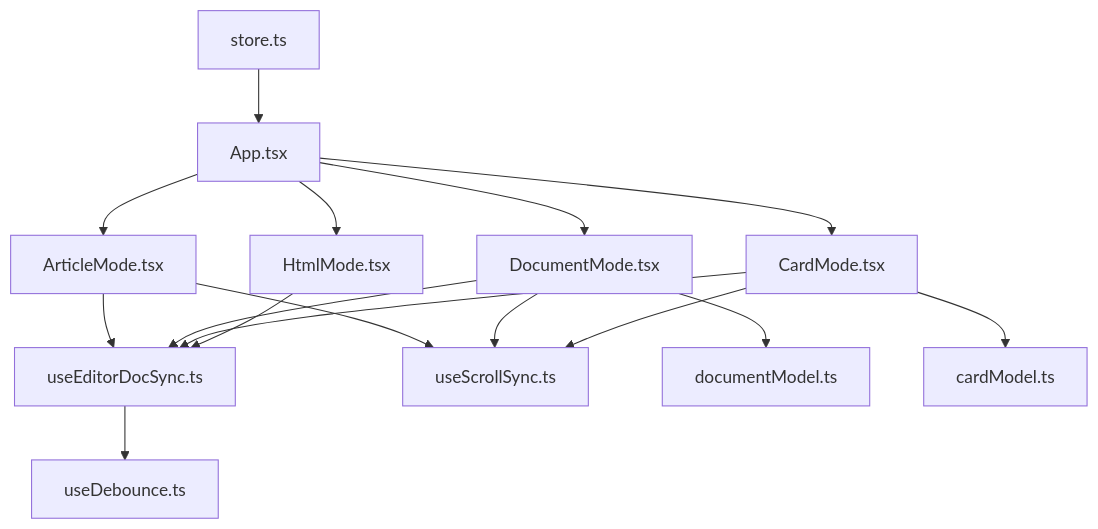
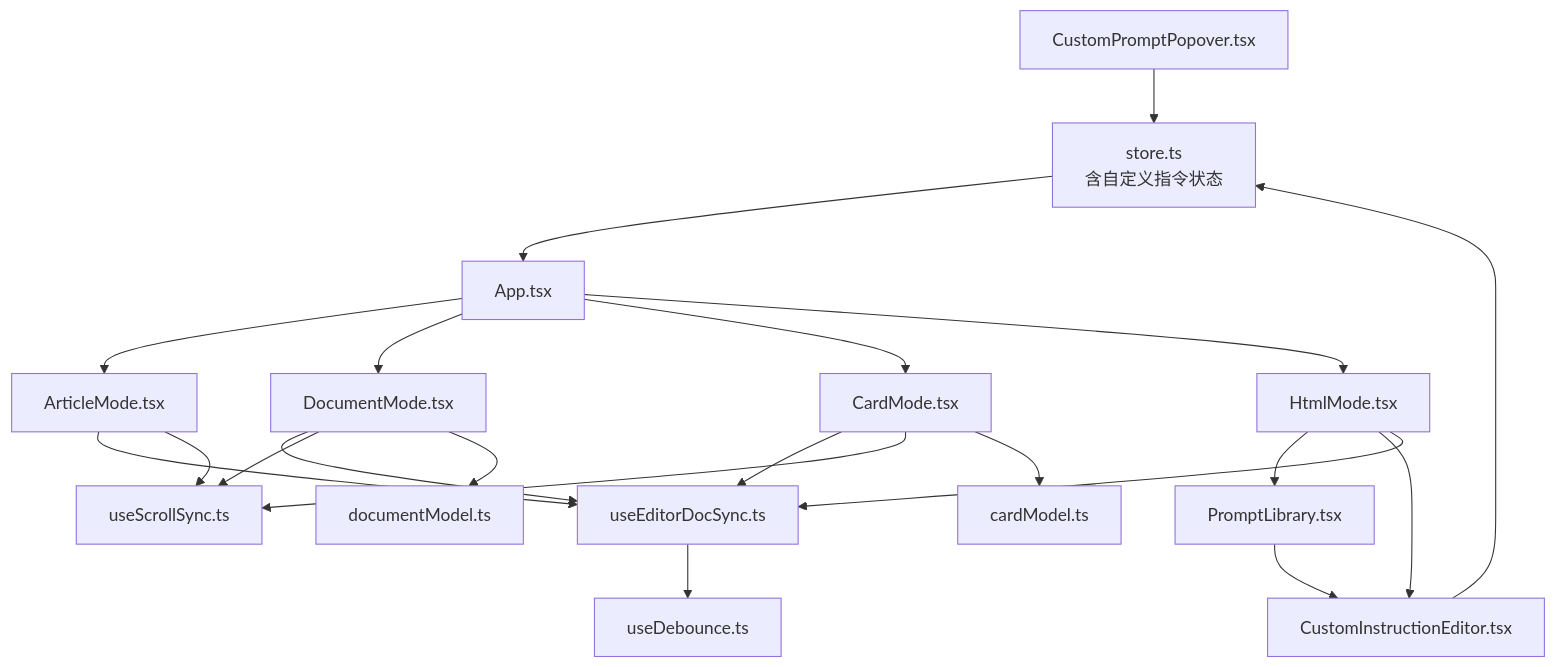
The eighth of 8 diagrams in .qoder/repowiki/zh/content/架构设计/状态管理架构.md (ZhongXiandou/markdown2view), drawn with Mermaid before and after one commit. The commit also changed other lines of this file and 35 other files, not shown here.

````diff
--- a/.qoder/repowiki/zh/content/架构设计/状态管理架构.md
+++ b/.qoder/repowiki/zh/content/架构设计/状态管理架构.md
@@ -275,18 +357,23 @@
 ```mermaid
 graph TB
-Store["store.ts"] --> App["App.tsx"]
+Store["store.ts<br/>含自定义指令状态"] --> App["App.tsx"]
 App --> Article["ArticleMode.tsx"]
 App --> Document["DocumentMode.tsx"]
 App --> Card["CardMode.tsx"]
 App --> Html["HtmlMode.tsx"]
+Html --> PromptLib["PromptLibrary.tsx"]
+Html --> CustomEditor["CustomInstructionEditor.tsx"]
+PromptLib --> CustomEditor
+CustomEditor --> Store
+CustomPrompt["CustomPromptPopover.tsx"] --> Store
 Article --> EditorSync["useEditorDocSync.ts"]
 Document --> EditorSync
 Card --> EditorSync
 Html --> EditorSync
 EditorSync --> Debounce["useDebounce.ts"]
 Article --> ScrollSync["useScrollSync.ts"]
 Document --> ScrollSync
 Card --> ScrollSync
 Document --> DocModel["documentModel.ts"]
 Card --> CardModel["cardModel.ts"]
 ```
````
